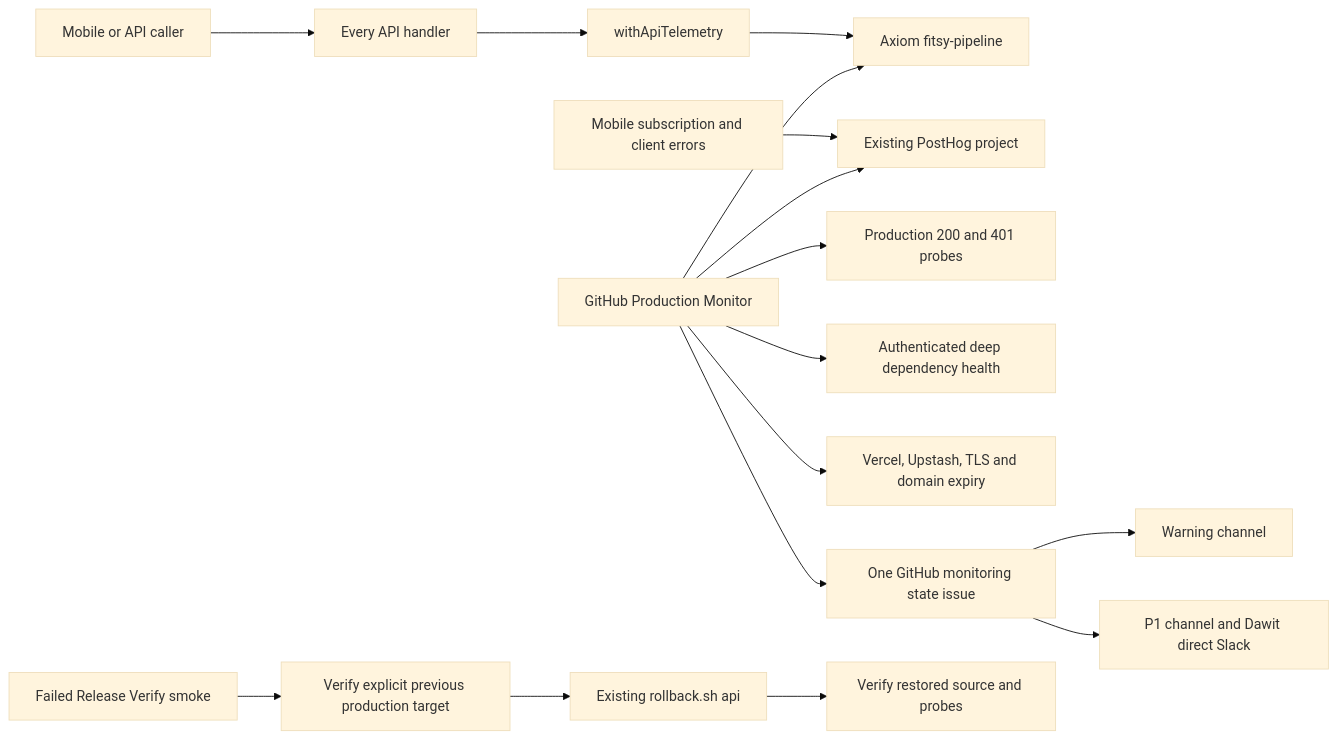
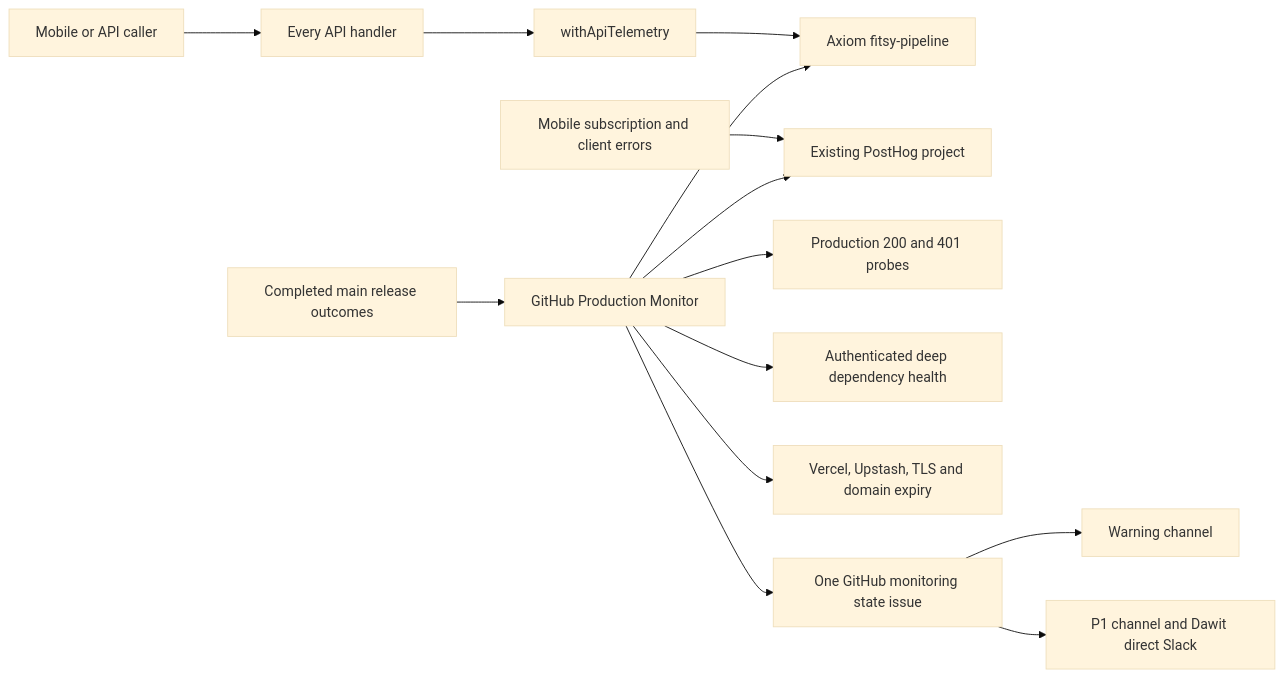
Before and after one commit to dgmolla/fitsy: the diagram in docs/engineering/devops/monitoring-alerting.md, drawn with Mermaid (base theme). The commit also changed other lines of this file and 15 other files, not shown here.

````diff
--- a/docs/engineering/devops/monitoring-alerting.md
+++ b/docs/engineering/devops/monitoring-alerting.md
@@ -11,18 +11,16 @@
 ```mermaid
 flowchart LR
     User[Mobile or API caller] --> Route[Every API handler]
     Route --> Wrapper[withApiTelemetry]
     Wrapper --> Axiom[Axiom fitsy-pipeline]
     Mobile[Mobile subscription and client errors] --> PostHog[Existing PostHog project]
     External[GitHub Production Monitor] --> Probes[Production 200 and 401 probes]
     External --> Deep[Authenticated deep dependency health]
     External --> Axiom
     External --> PostHog
     External --> Providers[Vercel, Upstash, TLS and domain expiry]
     External --> State[One GitHub monitoring state issue]
     State --> Warning[Warning channel]
     State --> Urgent[P1 channel and Dawit direct Slack]
-    Smoke[Failed Release Verify smoke] --> Recover[Verify explicit previous production target]
-    Recover --> Rollback[Existing rollback.sh api]
-    Rollback --> Verify[Verify restored source and probes]
+    Workflows[Completed main release outcomes] --> External
 ```
````
